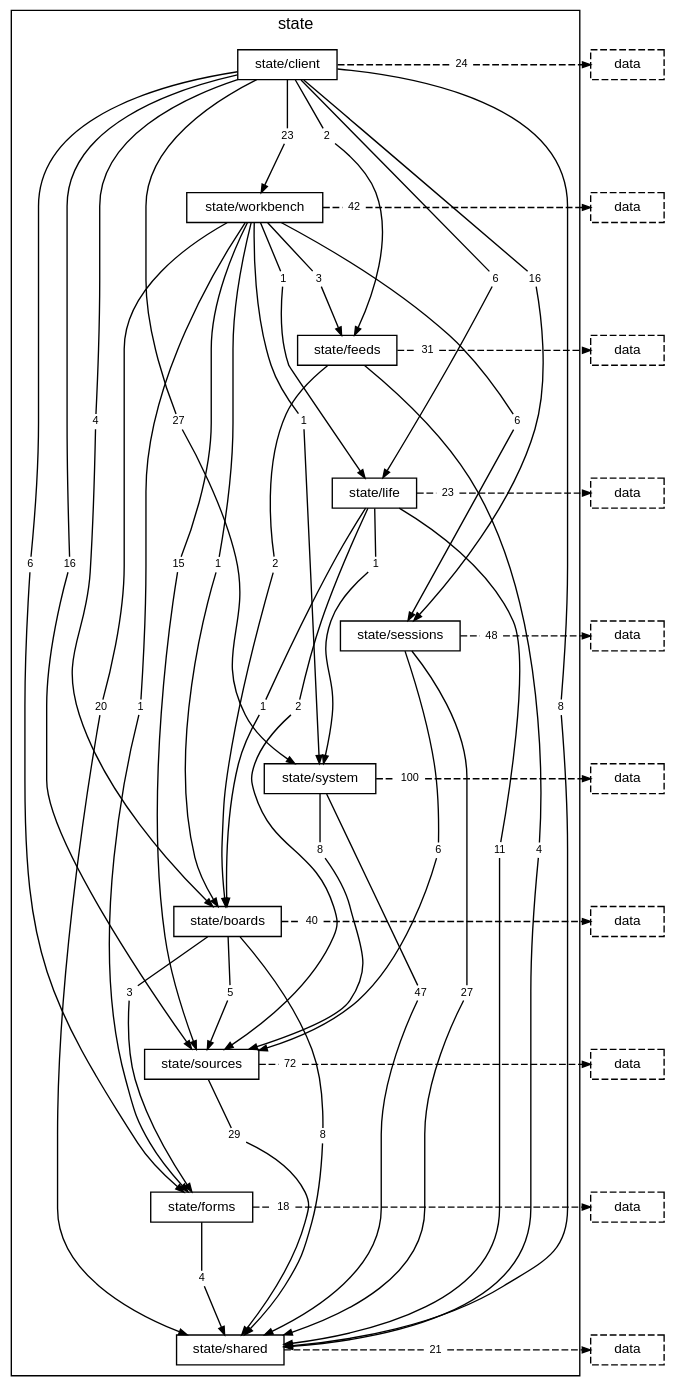
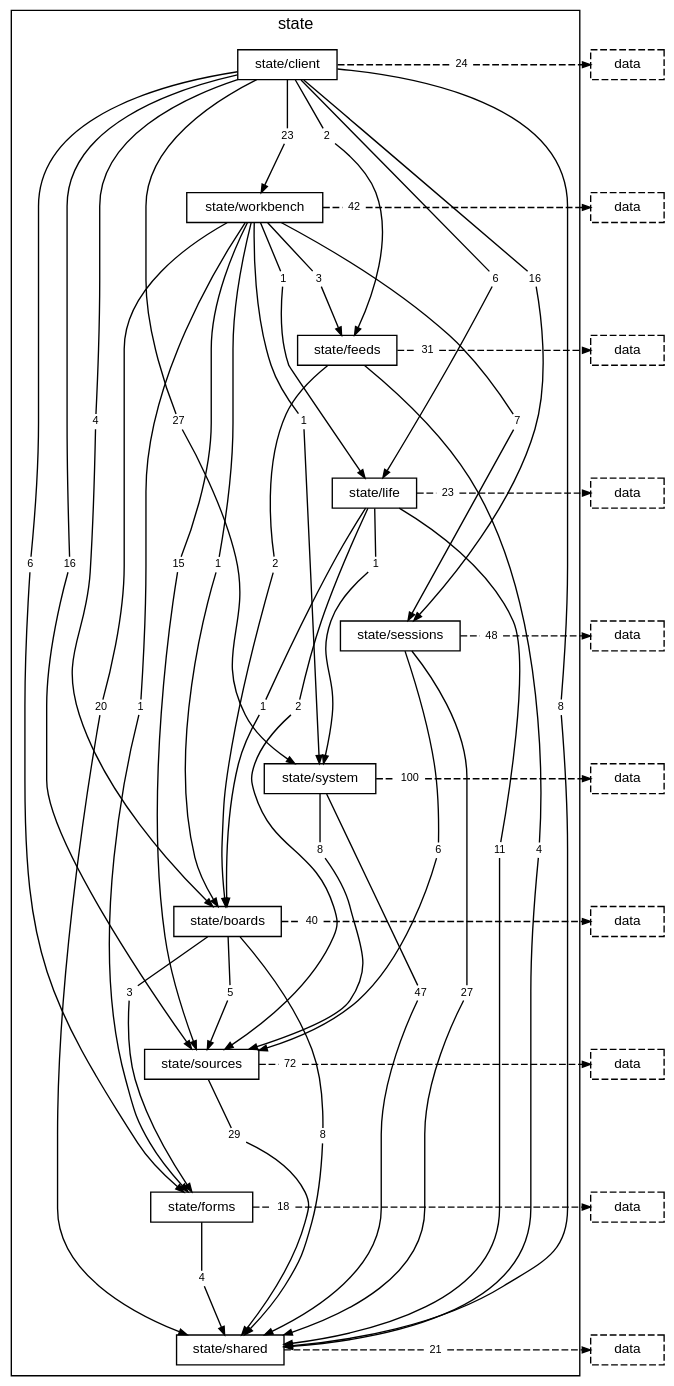
The diagram in docs/diagrams/layer-state.dot (TheAxeC/oculus), drawn with Graphviz before and after one commit. The commit also changed 80 other files, not shown here.

```diff
--- a/docs/diagrams/layer-state.dot
+++ b/docs/diagrams/layer-state.dot
@@ -28,7 +28,7 @@
         "folder state/workbench to folder state/feeds" [label="3", shape=box, color="transparent", fontsize=8, width=0, height=0, margin="0.04,0.02"];
         "folder state/workbench to folder state/forms" [label="1", shape=box, color="transparent", fontsize=8, width=0, height=0, margin="0.04,0.02"];
         "folder state/workbench to folder state/life" [label="1", shape=box, color="transparent", fontsize=8, width=0, height=0, margin="0.04,0.02"];
-        "folder state/workbench to folder state/sessions" [label="6", shape=box, color="transparent", fontsize=8, width=0, height=0, margin="0.04,0.02"];
+        "folder state/workbench to folder state/sessions" [label="7", shape=box, color="transparent", fontsize=8, width=0, height=0, margin="0.04,0.02"];
         "folder state/workbench to folder state/shared" [label="20", shape=box, color="transparent", fontsize=8, width=0, height=0, margin="0.04,0.02"];
         "folder state/workbench to folder state/sources" [label="15", shape=box, color="transparent", fontsize=8, width=0, height=0, margin="0.04,0.02"];
         "folder state/workbench to folder state/system" [label="1", shape=box, color="transparent", fontsize=8, width=0, height=0, margin="0.04,0.02"];
```
